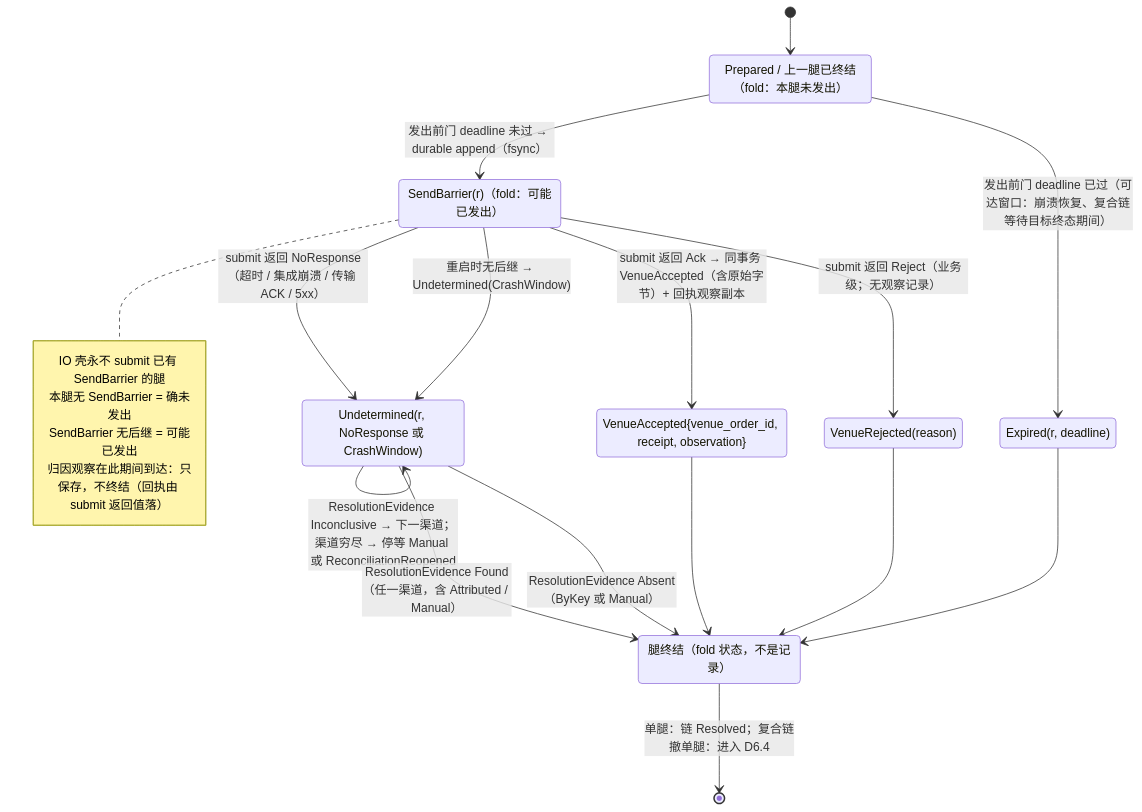
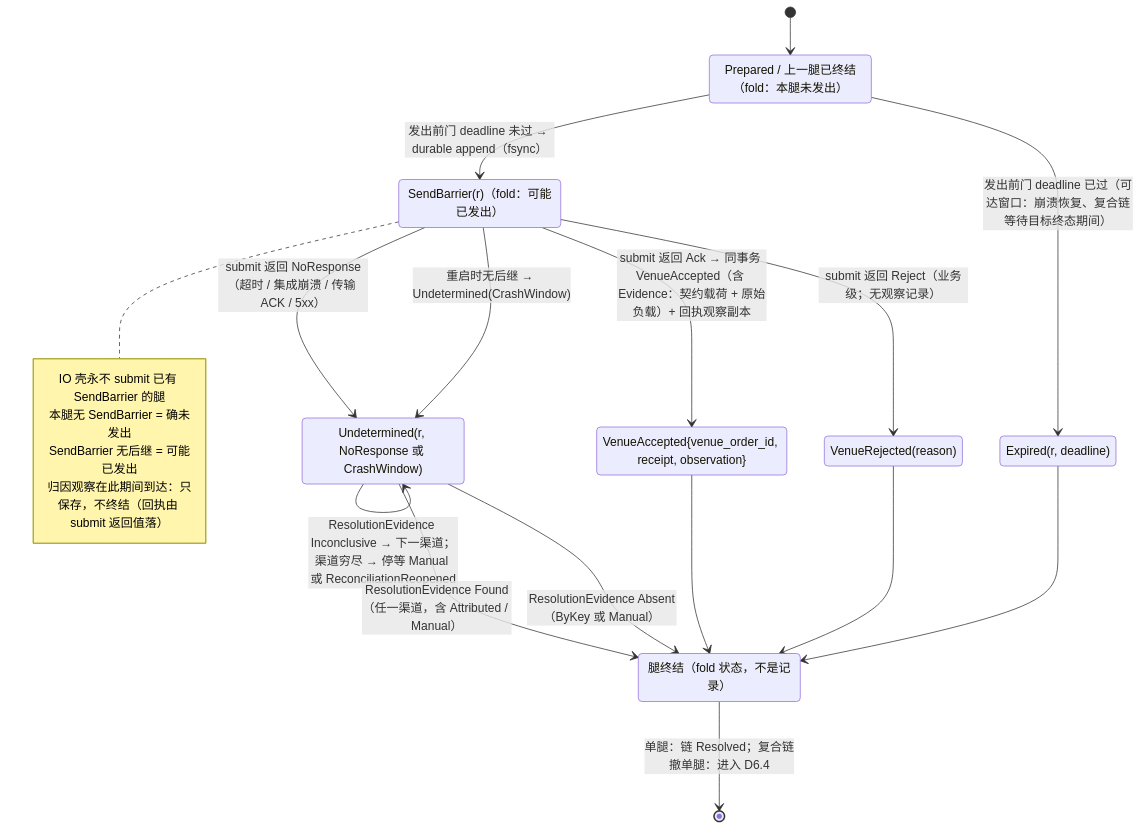
The first of 7 diagrams in design/diagrams/06-io-shell-attempt.md (mouriya-s-lab/uta), drawn with Mermaid before and after one commit. The commit also changed other lines of this file and 15 other files, not shown here.

````diff
--- a/design/diagrams/06-io-shell-attempt.md
+++ b/design/diagrams/06-io-shell-attempt.md
@@ -11,30 +11,30 @@
 ```mermaid
 stateDiagram-v2
   state "Prepared / 上一腿已终结（fold：本腿未发出）" as P
   state "SendBarrier(r)（fold：可能已发出）" as SB
   state "VenueAccepted{venue_order_id, receipt, observation}" as VA
   state "VenueRejected(reason)" as VR
   state "Undetermined(r, NoResponse 或 CrashWindow)" as UD
   state "Expired(r, deadline)" as EX
   state "腿终结（fold 状态，不是记录）" as RS
   [*] --> P
   P --> SB : 发出前门 deadline 未过 → durable append（fsync）
   P --> EX : 发出前门 deadline 已过（可达窗口：崩溃恢复、复合链等待目标终态期间）
-  SB --> VA : submit 返回 Ack → 同事务 VenueAccepted（含原始字节）+ 回执观察副本
+  SB --> VA : submit 返回 Ack → 同事务 VenueAccepted（含 Evidence：契约载荷 + 原始负载）+ 回执观察副本
   SB --> VR : submit 返回 Reject（业务级；无观察记录）
   SB --> UD : submit 返回 NoResponse（超时 / 集成崩溃 / 传输 ACK / 5xx）
   SB --> UD : 重启时无后继 → Undetermined(CrashWindow)
   UD --> UD : ResolutionEvidence Inconclusive → 下一渠道；渠道穷尽 → 停等 Manual 或 ReconciliationReopened
   UD --> RS : ResolutionEvidence Found（任一渠道，含 Attributed / Manual）
   UD --> RS : ResolutionEvidence Absent（ByKey 或 Manual）
   VA --> RS
   VR --> RS
   EX --> RS
   RS --> [*] : 单腿：链 Resolved；复合链撤单腿：进入 D6.4
   note right of SB
     IO 壳永不 submit 已有 SendBarrier 的腿
     本腿无 SendBarrier = 确未发出
     SendBarrier 无后继 = 可能已发出
     归因观察在此期间到达：只保存，不终结（回执由 submit 返回值落）
   end note
 ```
````
